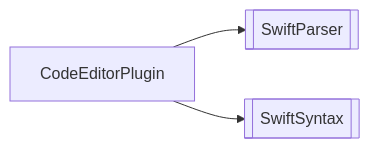
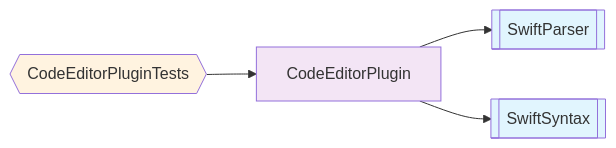
The second of 3 diagrams in Diagrams/25-package-dependencies.md (ajmcclary/CodeEditorKit), drawn with Mermaid before and after one commit. The commit also changed other lines of this file and 29 other files, not shown here.

First line of the commit message:
Enhance architecture documentation and add debugging integration

````diff
--- a/Diagrams/25-package-dependencies.md
+++ b/Diagrams/25-package-dependencies.md
@@ -23,5 +31,11 @@
 ```mermaid
 flowchart LR
     CodeEditorPlugin-->SwiftParser[[SwiftParser]]
     CodeEditorPlugin-->SwiftSyntax[[SwiftSyntax]]
+    CodeEditorPluginTests{{CodeEditorPluginTests}}-->CodeEditorPlugin
+    
+    style SwiftSyntax fill:#e1f5fe
+    style SwiftParser fill:#e1f5fe
+    style CodeEditorPlugin fill:#f3e5f5
+    style CodeEditorPluginTests fill:#fff3e0
 ```
````
